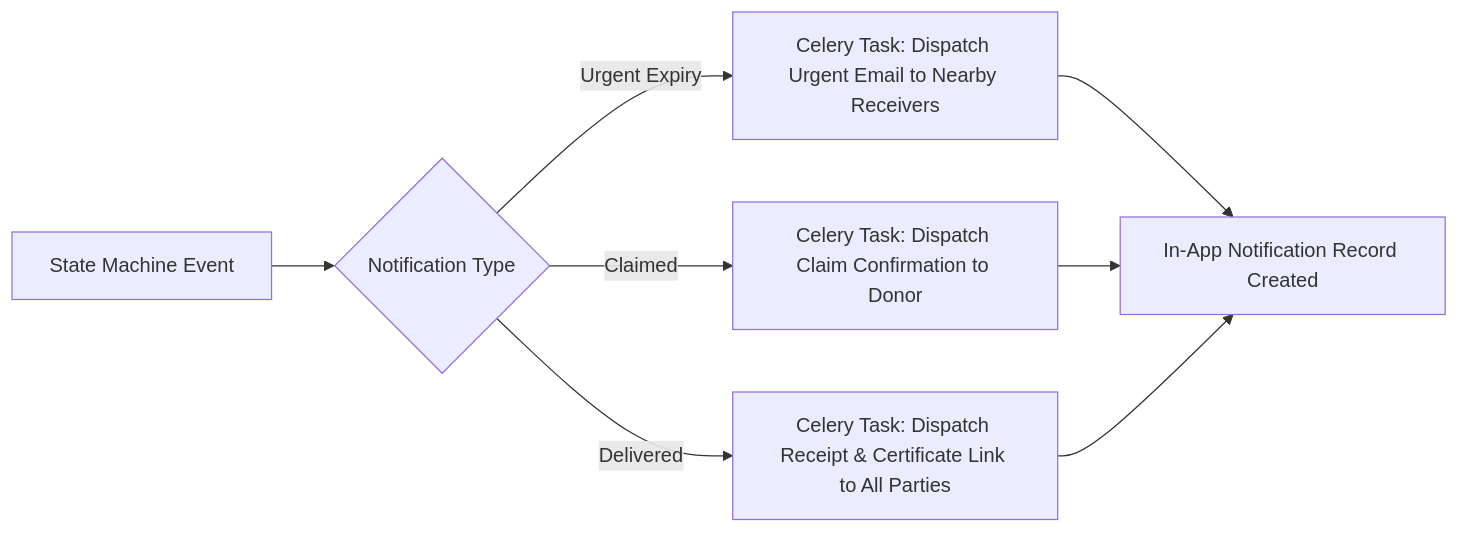
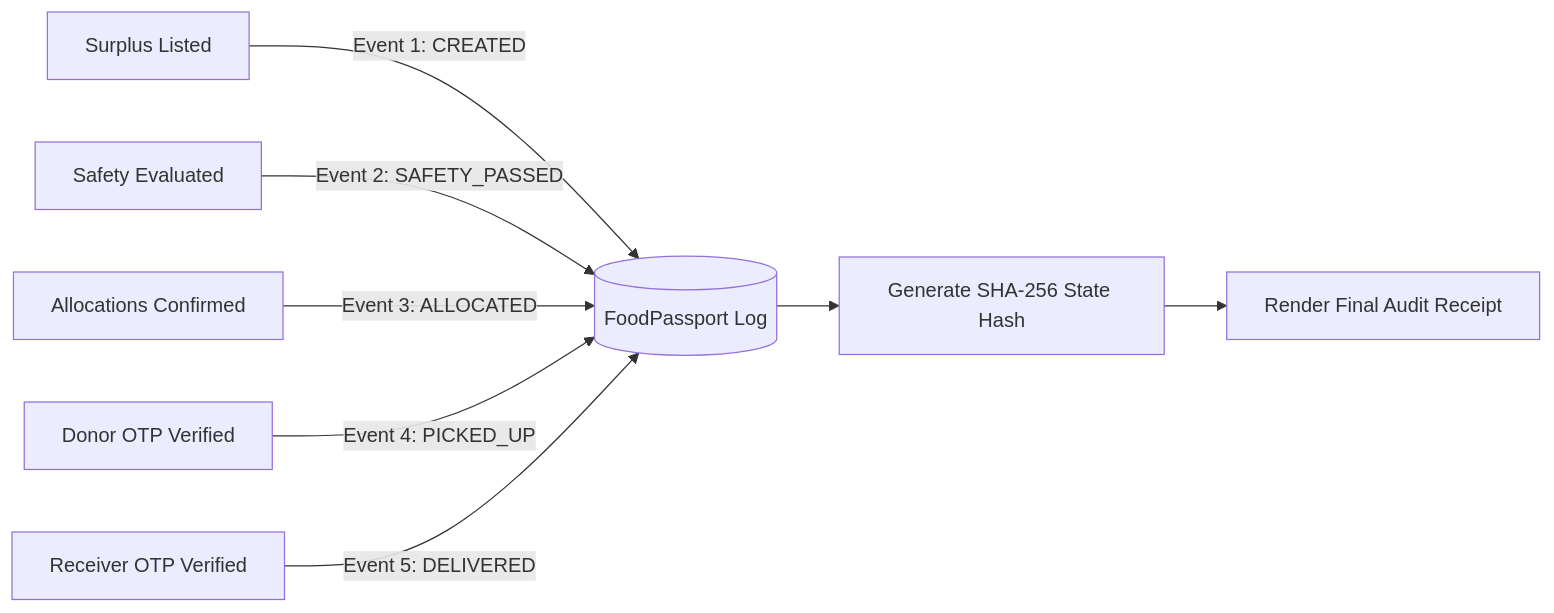
The fifth of 6 diagrams in 03_SANJOG_System_Architecture.md (pewdiepie4259/SANJOG), drawn with Mermaid before and after one commit. The commit also changed other lines of this file and 8 other files, not shown here.

Commit message:
docs: update SANJOG Food Rescue OS architecture, PRD, SRS, UI/UX, database design, test plan, and development pipeline

````diff
--- a/03_SANJOG_System_Architecture.md
+++ b/03_SANJOG_System_Architecture.md
@@ -241,10 +185,10 @@
 ```mermaid
 graph LR
-    A[State Machine Event] --> B{Notification Type}
-    B -->|Urgent Expiry| C[Celery Task: Dispatch Urgent Email to Nearby Receivers]
-    B -->|Claimed| D[Celery Task: Dispatch Claim Confirmation to Donor]
-    B -->|Delivered| E[Celery Task: Dispatch Receipt & Certificate Link to All Parties]
-    C --> F[In-App Notification Record Created]
-    D --> F
-    E --> F
+    A[Surplus Listed] -->|Event 1: CREATED| P[(FoodPassport Log)]
+    B[Safety Evaluated] -->|Event 2: SAFETY_PASSED| P
+    C[Allocations Confirmed] -->|Event 3: ALLOCATED| P
+    D[Donor OTP Verified] -->|Event 4: PICKED_UP| P
+    E[Receiver OTP Verified] -->|Event 5: DELIVERED| P
+    P --> F[Generate SHA-256 State Hash]
+    F --> G[Render Final Audit Receipt]
 ```
````
